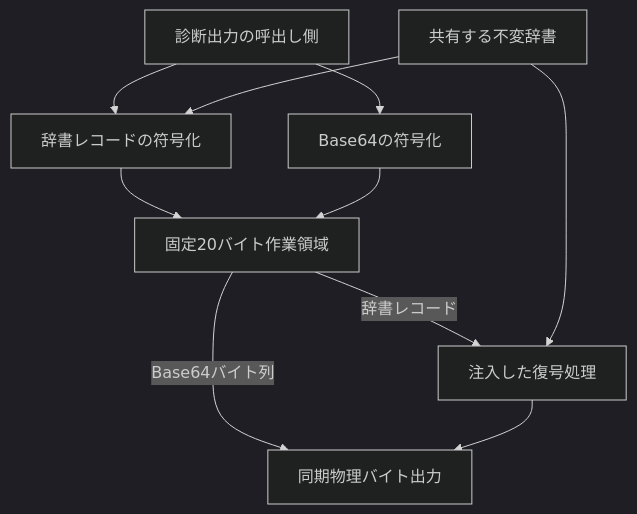
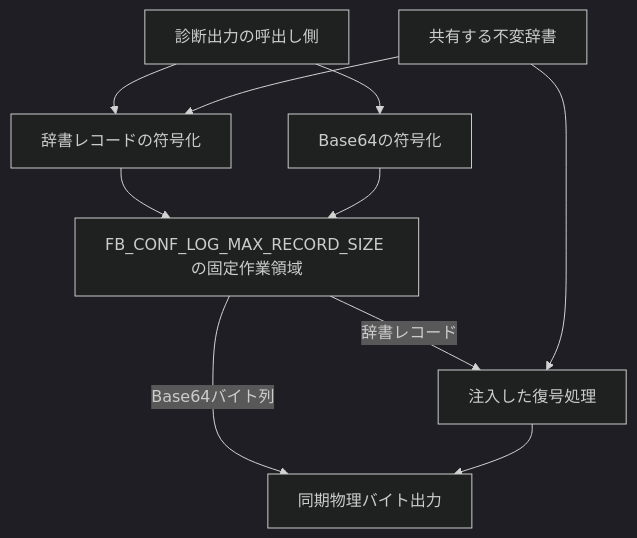
The first of 3 diagrams in docs/components/tier1_core/printk.md (kmt-t/fireball), drawn with Mermaid (dark theme) before and after one commit. The commit also changed other lines of this file and 26 other files, not shown here.

````diff
--- a/docs/components/tier1_core/printk.md
+++ b/docs/components/tier1_core/printk.md
@@ -59,12 +56,12 @@
 ```mermaid
 graph TD
     Caller[診断出力の呼出し側] --> Encoder[辞書レコードの符号化]
     Caller --> Base64[Base64の符号化]
-    Encoder --> Buffer[固定20バイト作業領域]
+    Encoder --> Buffer[FB_CONF_LOG_MAX_RECORD_SIZE の固定作業領域]
     Base64 --> Buffer
     Buffer -->|辞書レコード| Decoder[注入した復号処理]
     Buffer -->|Base64バイト列| Physical[同期物理バイト出力]
     Dictionary[共有する不変辞書] --> Encoder
     Dictionary --> Decoder
     Decoder --> Physical
 ```
````
